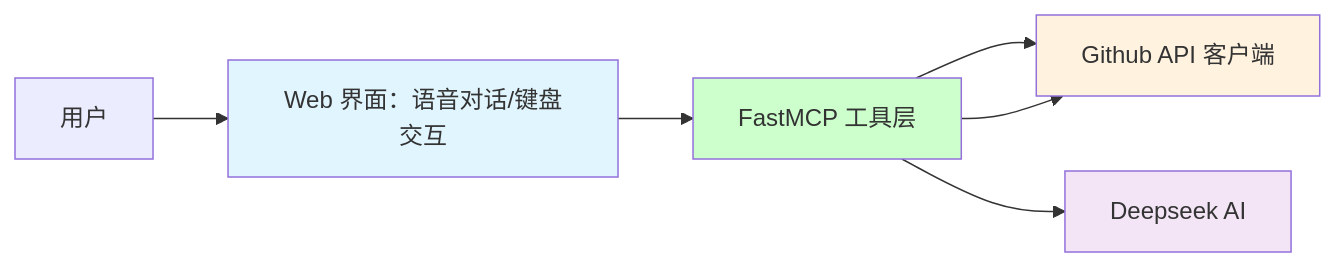
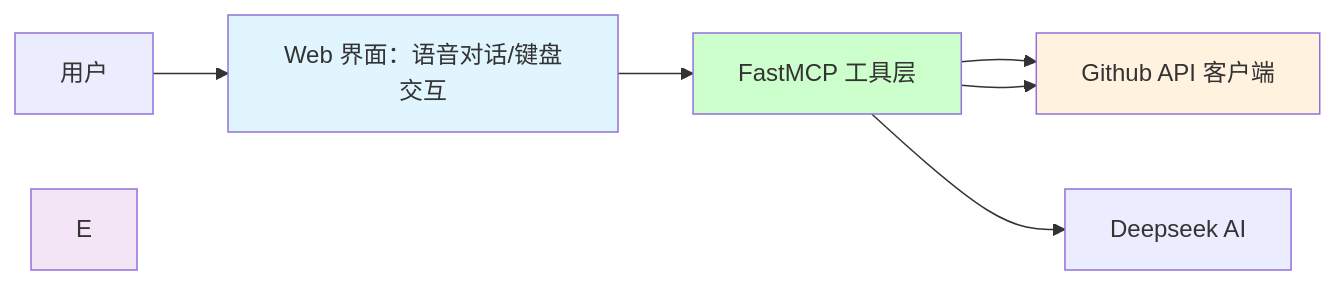
One commit to OpenHUTB/mcp changed the diagram in README.md. Above: the diagram before and after it, drawn with Mermaid.

Commit message:
客户端连线分开

````diff
--- a/README.md
+++ b/README.md
@@ -9,13 +9,13 @@
 ```mermaid
 graph LR
     A[用户] --> B[Web 界面：语音对话/键盘交互]
     B --> C[FastMCP 工具层]
     C --> D[HUTB API 客户端]
     C --> D[Github API 客户端]
-    C --> E[Deepseek AI]
+    C --> F[Deepseek AI]
     
     style B fill:#e1f5fe
     style C fill:#ccffcc
     style D fill:#fff3e0
     style E fill:#f3e5f5
 ```
````
